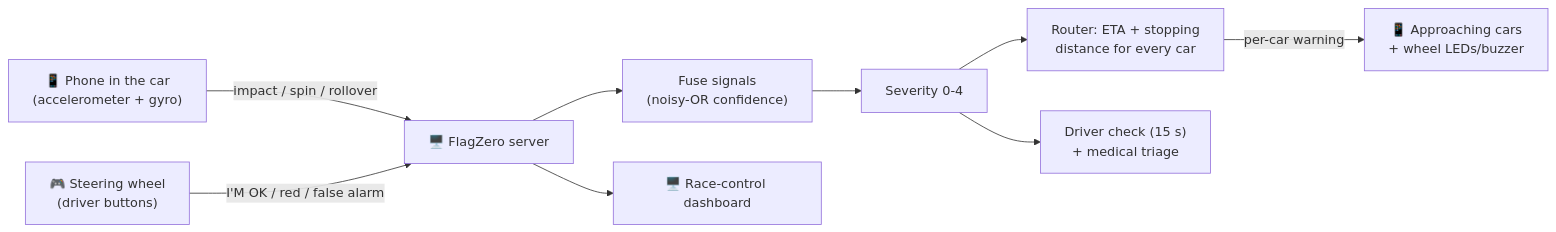
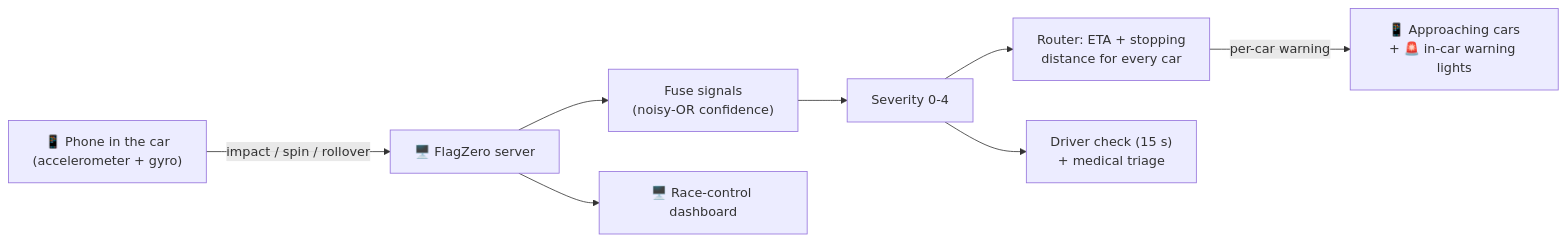
One commit to anshikabindlish/FlagZero changed the diagram in README.md. Above: the diagram before and after it, drawn with Mermaid. The commit also changed other lines of this file and 12 other files, not shown here.

First line of the commit message:
Arduino is now in-car warning lights (no buttons, no steering wheel)

````diff
--- a/README.md
+++ b/README.md
@@ -53,11 +53,10 @@
 ```mermaid
 flowchart LR
     P["📱 Phone in the car<br/>(accelerometer + gyro)"] -->|impact / spin / rollover| S
-    W["🎮 Steering wheel<br/>(driver buttons)"] -->|I'M OK / red / false alarm| S
     S["🖥️ FlagZero server"] --> F["Fuse signals<br/>(noisy-OR confidence)"]
     F --> V["Severity 0-4"]
     V --> R["Router: ETA + stopping<br/>distance for every car"]
-    R -->|per-car warning| C["📱 Approaching cars<br/>+ wheel LEDs/buzzer"]
+    R -->|per-car warning| C["📱 Approaching cars<br/>+ 🚨 in-car warning lights"]
     V --> M["Driver check (15 s)<br/>+ medical triage"]
     S --> D["🖥️ Race-control dashboard"]
 ```
````
